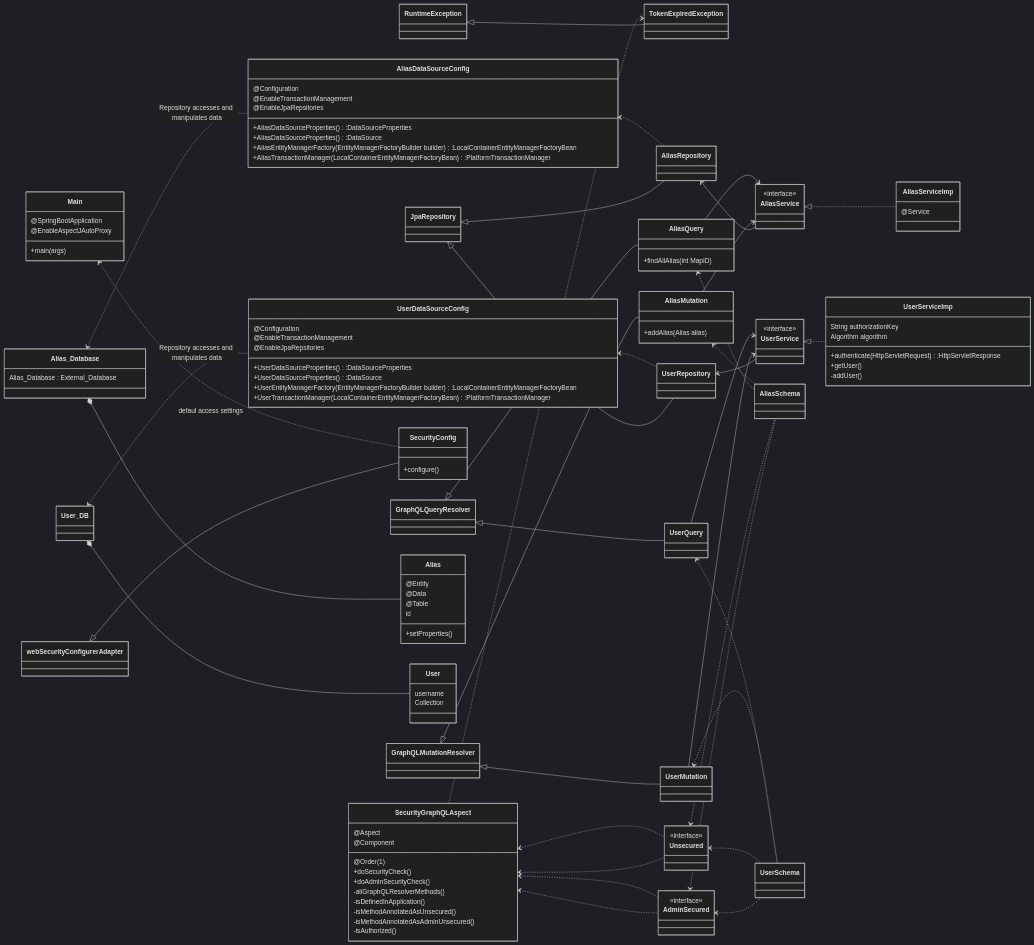
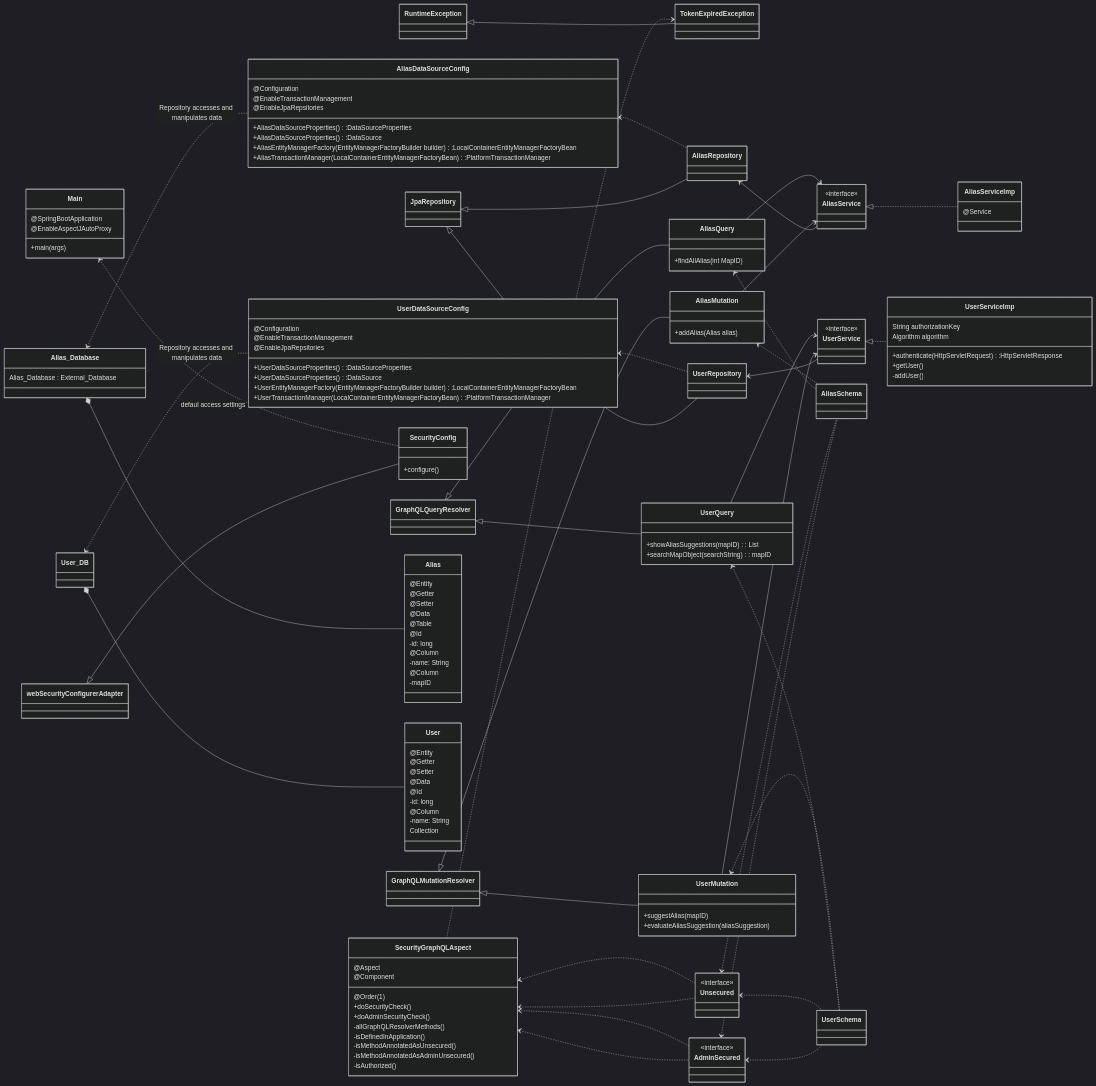
One commit to coderPaddyS/PSE_G3_Entwurf changed the diagram in Kapitel/00_Backend/mermaid/Klassendiagramm1.mmd. Above: the diagram before and after it, drawn with Mermaid (dark theme). The commit also changed other lines of this file and 1 other file, not shown here.

Commit message:
adjustments to Klassendiagramm

```diff
--- a/Kapitel/00_Backend/mermaid/Klassendiagramm1.mmd
+++ b/Kapitel/00_Backend/mermaid/Klassendiagramm1.mmd
@@ -1,181 +1,200 @@
 classDiagram
 direction LR
 
 RuntimeException <|-- TokenExpiredException
 GraphQLMutationResolver <|-- AliasMutation
 GraphQLQueryResolver <|-- AliasQuery
 GraphQLMutationResolver <|-- UserMutation
 GraphQLQueryResolver <|-- UserQuery
 JpaRepository <|-- AliasRepository
 JpaRepository <|-- UserRepository
 webSecurityConfigurerAdapter <|-- SecurityConfig
 
 
 AliasService <|.. AliasServiceImp
 UserService <|.. UserServiceImp
 
 AliasRepository <-- AliasService
 UserRepository <-- UserService
 
 SecurityGraphQLAspect <.. AdminSecured
 SecurityGraphQLAspect <.. Unsecured
 SecurityGraphQLAspect ..> TokenExpiredException
 
 Alias_Database *-- Alias
 
 User_DB *-- User
 
 AliasMutation --> AliasService
 AliasQuery --> AliasService
 UserMutation --> UserService
 UserQuery --> UserService
 
 Alias_Database <.. AliasDataSourceConfig : Repository accesses and manipulates data
 AliasDataSourceConfig <.. AliasRepository
 User_DB <.. UserDataSourceConfig : Repository accesses and manipulates data
 UserDataSourceConfig <.. UserRepository
 
 AdminSecured <.. AliasSchema
 Unsecured <.. AliasSchema
 AdminSecured <.. UserSchema
 Unsecured <.. UserSchema
 
 Main <.. SecurityConfig : defaul access settings
 
 AdminSecured ..> SecurityGraphQLAspect
 Unsecured ..> SecurityGraphQLAspect
 
 AliasQuery <.. AliasSchema
 AliasMutation <.. AliasSchema
 
 
 UserQuery <.. UserSchema    
 UserMutation <.. UserSchema
 
 
 class RuntimeException
 
 class TokenExpiredException
 
 
 class AliasService{
 <<interface>>
 }
 
 class AliasServiceImp{
 @Service
 }
 
 class GraphQLMutationResolver 
 
 class AliasMutation{
 +addAlias(Alias alias)
 }
 
-class UserMutation
+class UserMutation {
+    +suggestAlias(mapID)
+    +evaluateAliasSuggestion(aliasSuggestion)
+}
 
 class GraphQLQueryResolver
 
-class UserQuery
+class UserQuery {
+    +showAliasSuggestions(mapID) : List<aliasSuggestion>
+    +searchMapObject(searchString) : mapID
+}
 
 class AliasQuery{
 +findAllAlias(int MapID)
 }
 
 
 class SecurityConfig{
 +configure()
 }
 
 class AdminSecured{
 <<interface>> 
 }
 
 class Unsecured{
 <<interface>> 
 }
 
 class SecurityGraphQLAspect{
 @Aspect
 @Component
 @Order(1)
 +doSecurityCheck()
 +doAdminSecurityCheck()
 -allGraphQLResolverMethods()
 -isDefinedInApplication()
 -isMethodAnnotatedAsUnsecured()
 -isMethodAnnotatedAsAdminUnsecured()
 -isAuthorized()
 }
 
 
 
 class User{
-username
+@Entity
+@Getter
+@Setter
+@Data
+@Id
+-id: long
+@Column
+-name: String
 Collection<? extends GranedAuthority>
 }
 
 
 class Alias{
 @Entity
+@Getter
+@Setter
 @Data
 @Table
-id
-+setProperties()
+@Id
+-id: long
+@Column
+-name: String
+@Column
+-mapID
 }
 
 class AliasDataSourceConfig{ 
 @Configuration
 @EnableTransactionManagement
 @EnableJpaRepsitories
 +AliasDataSourceProperties():DataSourceProperties
 +AliasDataSourceProperties():DataSource
 +AliasEntityManagerFactory(EntityManagerFactoryBuilder builder):LocalContainerEntityManagerFactoryBean 
 +AliasTransactionManager(LocalContainerEntityManagerFactoryBean):PlatformTransactionManager 
 }  
 
 class UserDataSourceConfig{ 
 @Configuration
 @EnableTransactionManagement
 @EnableJpaRepsitories
 +UserDataSourceProperties():DataSourceProperties
 +UserDataSourceProperties():DataSource
 +UserEntityManagerFactory(EntityManagerFactoryBuilder builder):LocalContainerEntityManagerFactoryBean 
 +UserTransactionManager(LocalContainerEntityManagerFactoryBean):PlatformTransactionManager 
 }
 
 class webSecurityConfigurerAdapter
 
 class JpaRepository
 
 class AliasRepository
 
 class Alias_Database{
 Alias_Database : External_Database
 }
 
 class UserService{
 <<interface>>
 }
 
 class UserServiceImp{
 String authorizationKey
 Algorithm algorithm
 +authenticate(HttpServletRequest):HttpServletResponse 
 +getUser()
 -addUser()
 }
 
 class UserRepository
 
 class User_DB
 
 
 class AliasSchema
 class UserSchema
 
 class Main {
     @SpringBootApplication
     @EnableAspectJAutoProxy 
         +main(args)
 }
```
